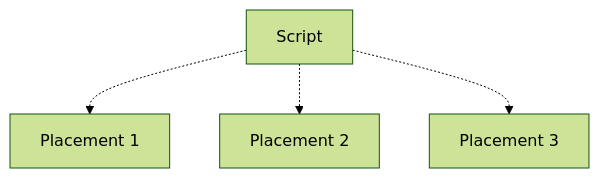
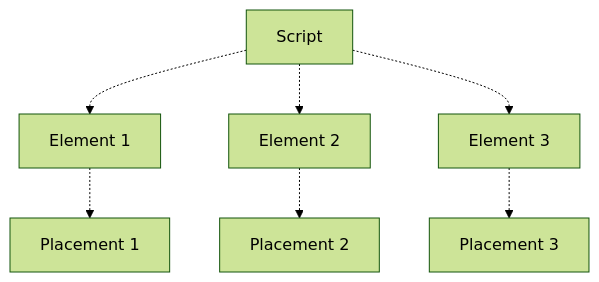
The diagram in script/introduction_dynamic.md (Kiosked/docs), drawn with Mermaid (forest theme) before and after one commit.

Commit message:
Improve dynamic script graph

````diff
--- a/script/introduction_dynamic.md
+++ b/script/introduction_dynamic.md
@@ -12,6 +12,9 @@
 ```mermaid
 graph TB;
-  script["Script"]-.->p1["Placement 1"]
-  script-.->p2["Placement 2"]
-  script-.->p3["Placement 3"]
+  script["Script"]-.->e1["Element 1"]
+  script-.->e2["Element 2"]
+  script-.->e3["Element 3"]
+  e1-.->p1["Placement 1"]
+  e2-.->p2["Placement 2"]
+  e3-.->p3["Placement 3"]
 ```
````
